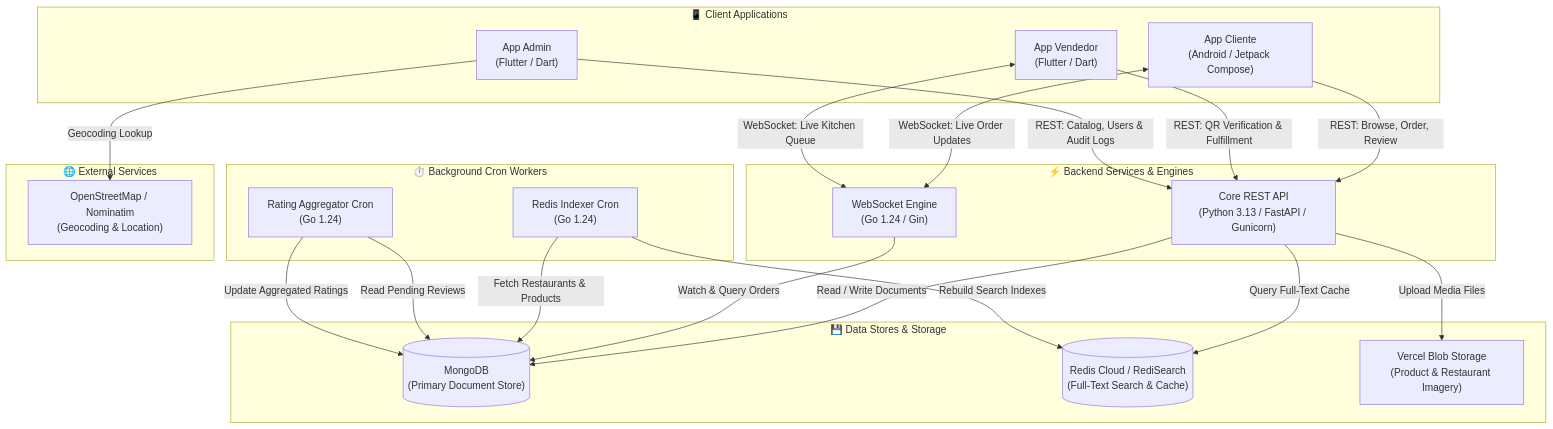
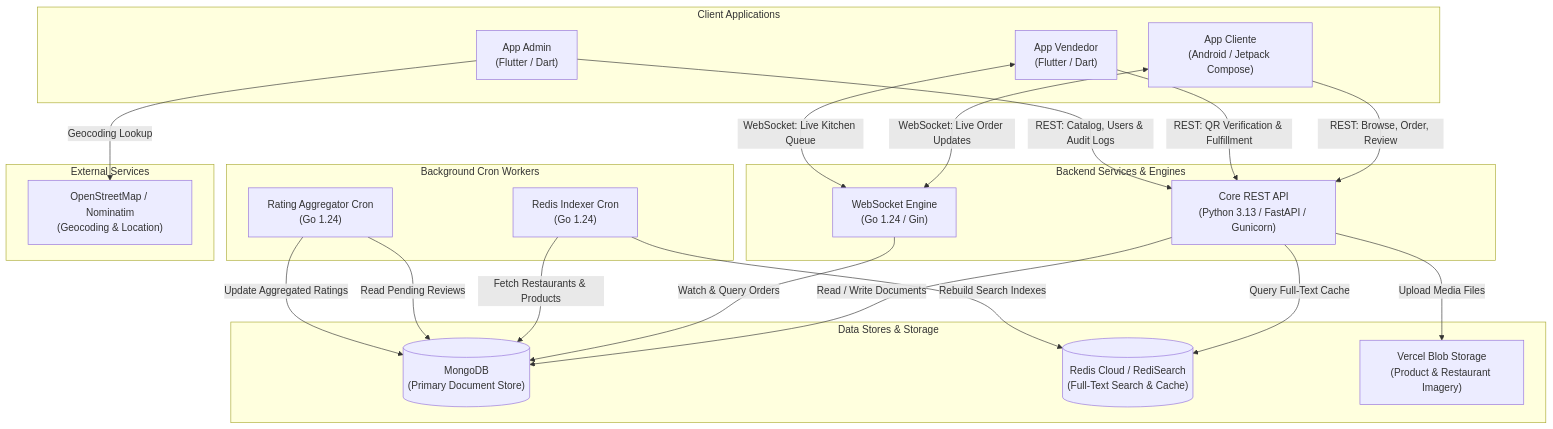
The first of 2 diagrams in README.md (02loveslollipop/MiPedido), drawn with Mermaid before and after one commit. The commit also changed other lines of this file, not shown here.

````diff
--- a/README.md
+++ b/README.md
@@ -70,53 +70,53 @@
 ```mermaid
 flowchart TD
-    subgraph Clients["📱 Client Applications"]
+    subgraph Clients["Client Applications"]
         APP_CLI["App Cliente<br/>(Android / Jetpack Compose)"]
         APP_VEN["App Vendedor<br/>(Flutter / Dart)"]
         APP_ADM["App Admin<br/>(Flutter / Dart)"]
     end
 
-    subgraph CoreServices["⚡ Backend Services & Engines"]
+    subgraph CoreServices["Backend Services & Engines"]
         API["Core REST API<br/>(Python 3.13 / FastAPI / Gunicorn)"]
         WS["WebSocket Engine<br/>(Go 1.24 / Gin)"]
     end
 
-    subgraph Workers["⏱️ Background Cron Workers"]
+    subgraph Workers["Background Cron Workers"]
         REDIS_CRON["Redis Indexer Cron<br/>(Go 1.24)"]
         RATING_CRON["Rating Aggregator Cron<br/>(Go 1.24)"]
     end
 
-    subgraph DataLayers["💾 Data Stores & Storage"]
+    subgraph DataLayers["Data Stores & Storage"]
         MONGO[("MongoDB<br/>(Primary Document Store)")]
         REDIS[("Redis Cloud / RediSearch<br/>(Full-Text Search & Cache)")]
         BLOB["Vercel Blob Storage<br/>(Product & Restaurant Imagery)"]
     end
 
-    subgraph External["🌐 External Services"]
+    subgraph External["External Services"]
         OSM["OpenStreetMap / Nominatim<br/>(Geocoding & Location)"]
     end
 
     %% Client Communications
     APP_CLI -->|REST: Browse, Order, Review| API
     APP_CLI <-->|WebSocket: Live Order Updates| WS
 
     APP_VEN -->|REST: QR Verification & Fulfillment| API
     APP_VEN <-->|WebSocket: Live Kitchen Queue| WS
 
     APP_ADM -->|REST: Catalog, Users & Audit Logs| API
     APP_ADM -->|Geocoding Lookup| OSM
 
     %% Backend Operations
     API -->|Read / Write Documents| MONGO
     API -->|Query Full-Text Cache| REDIS
     API -->|Upload Media Files| BLOB
 
     %% WebSocket Engine
     WS -->|Watch & Query Orders| MONGO
 
     %% Cron Jobs
     REDIS_CRON -->|Fetch Restaurants & Products| MONGO
     REDIS_CRON -->|Rebuild Search Indexes| REDIS
 
     RATING_CRON -->|Read Pending Reviews| MONGO
     RATING_CRON -->|Update Aggregated Ratings| MONGO
 ```
````
